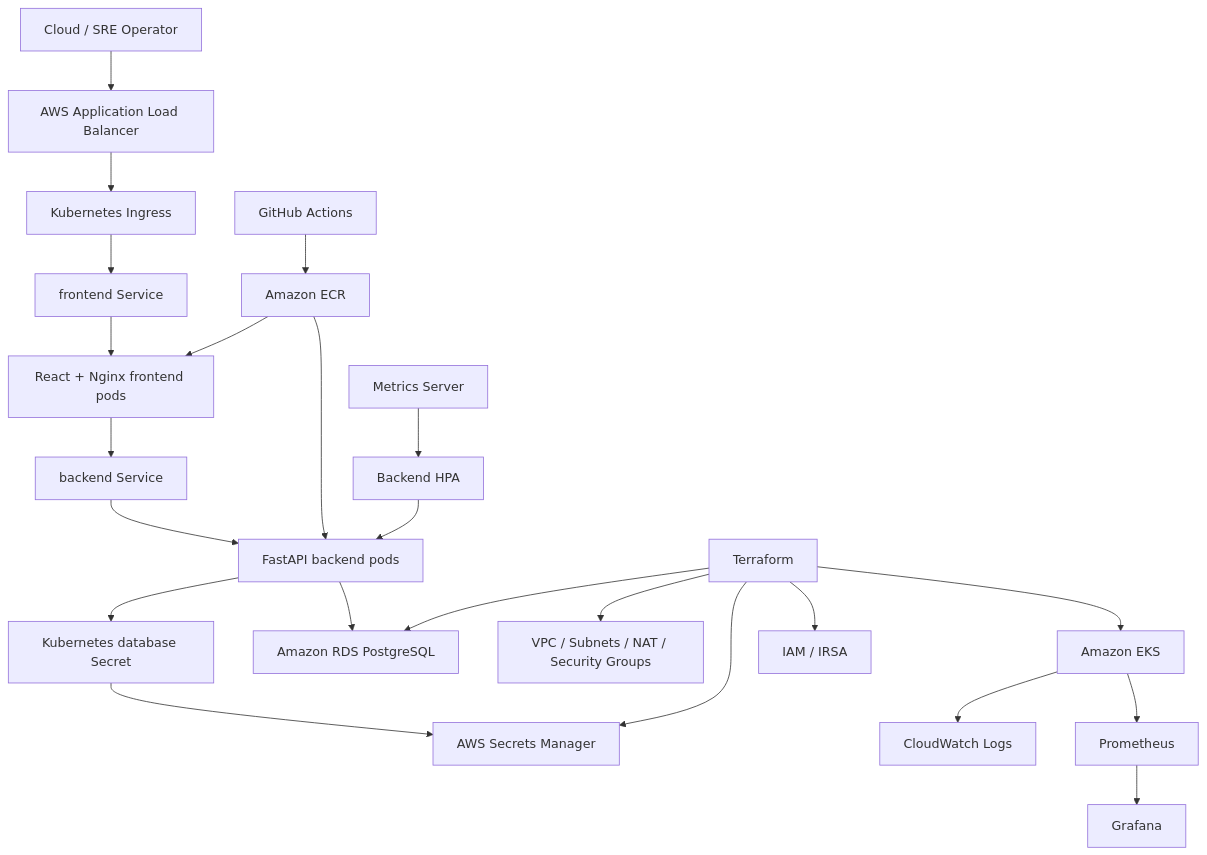
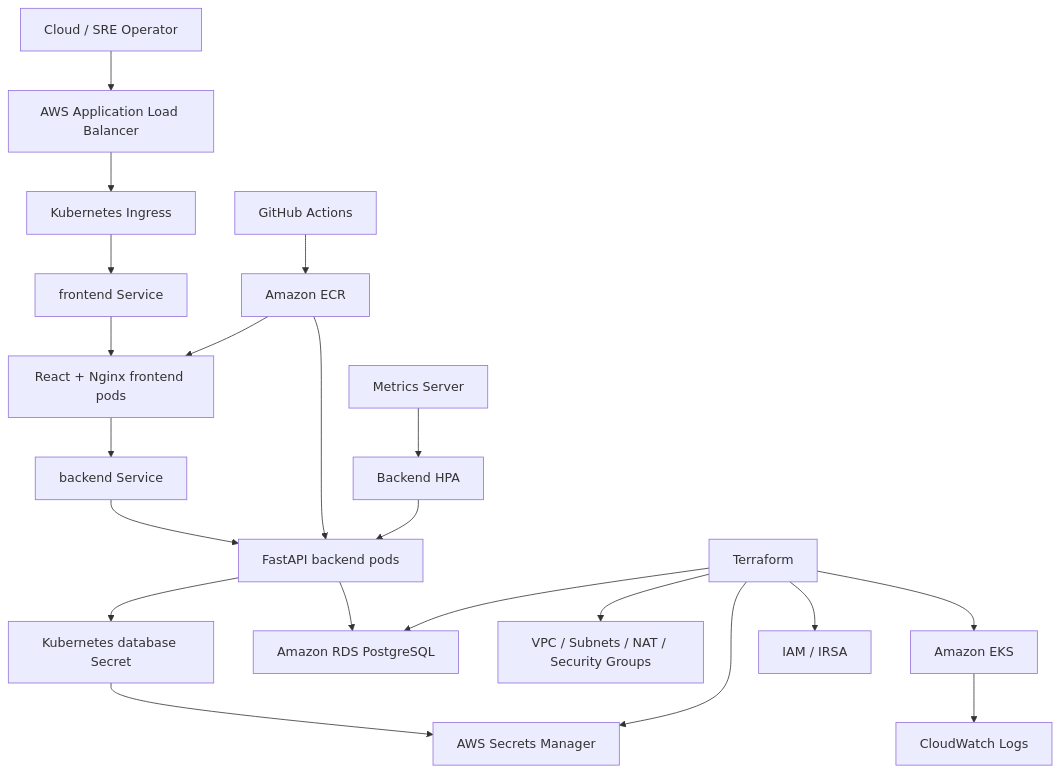
The diagram in docs/architecture.md (krishna310301/cloudops-sre-platform), drawn with Mermaid before and after one commit. The commit also changed other lines of this file and 14 other files, not shown here.

````diff
--- a/docs/architecture.md
+++ b/docs/architecture.md
@@ -7,28 +7,26 @@
 ```mermaid
 flowchart TB
     operator["Cloud / SRE Operator"] --> alb["AWS Application Load Balancer"]
     alb --> ingress["Kubernetes Ingress"]
     ingress --> frontendSvc["frontend Service"]
     frontendSvc --> frontendPods["React + Nginx frontend pods"]
     frontendPods --> backendSvc["backend Service"]
     backendSvc --> backendPods["FastAPI backend pods"]
     backendPods --> dbSecret["Kubernetes database Secret"]
     dbSecret --> secrets["AWS Secrets Manager"]
     backendPods --> rds["Amazon RDS PostgreSQL"]
 
     github["GitHub Actions"] --> ecr["Amazon ECR"]
     ecr --> frontendPods
     ecr --> backendPods
 
     terraform["Terraform"] --> vpc["VPC / Subnets / NAT / Security Groups"]
     terraform --> eks["Amazon EKS"]
     terraform --> rds
     terraform --> secrets
     terraform --> iam["IAM / IRSA"]
 
     eks --> cloudwatch["CloudWatch Logs"]
-    eks --> prometheus["Prometheus"]
-    prometheus --> grafana["Grafana"]
     metrics["Metrics Server"] --> hpa["Backend HPA"]
     hpa --> backendPods
 ```
````
